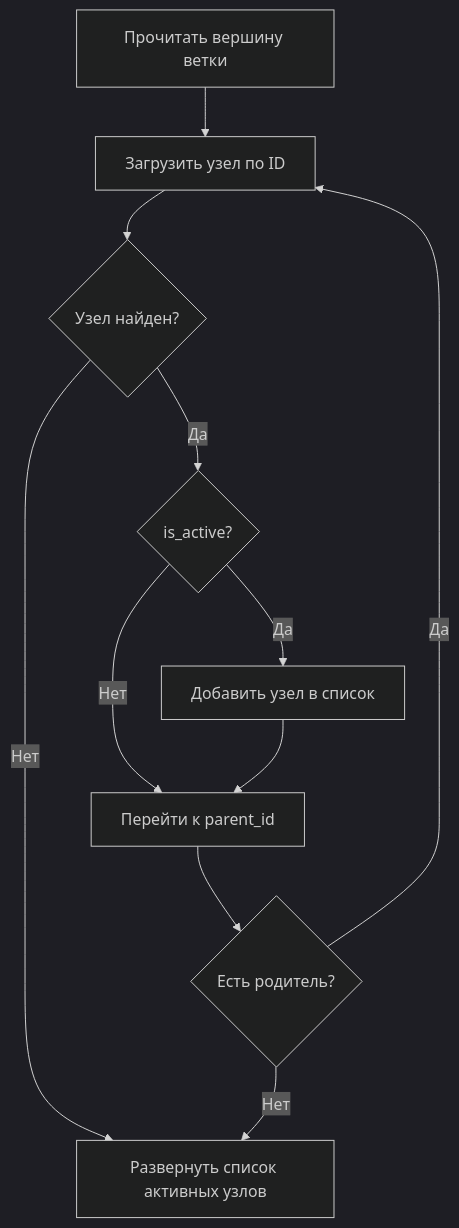
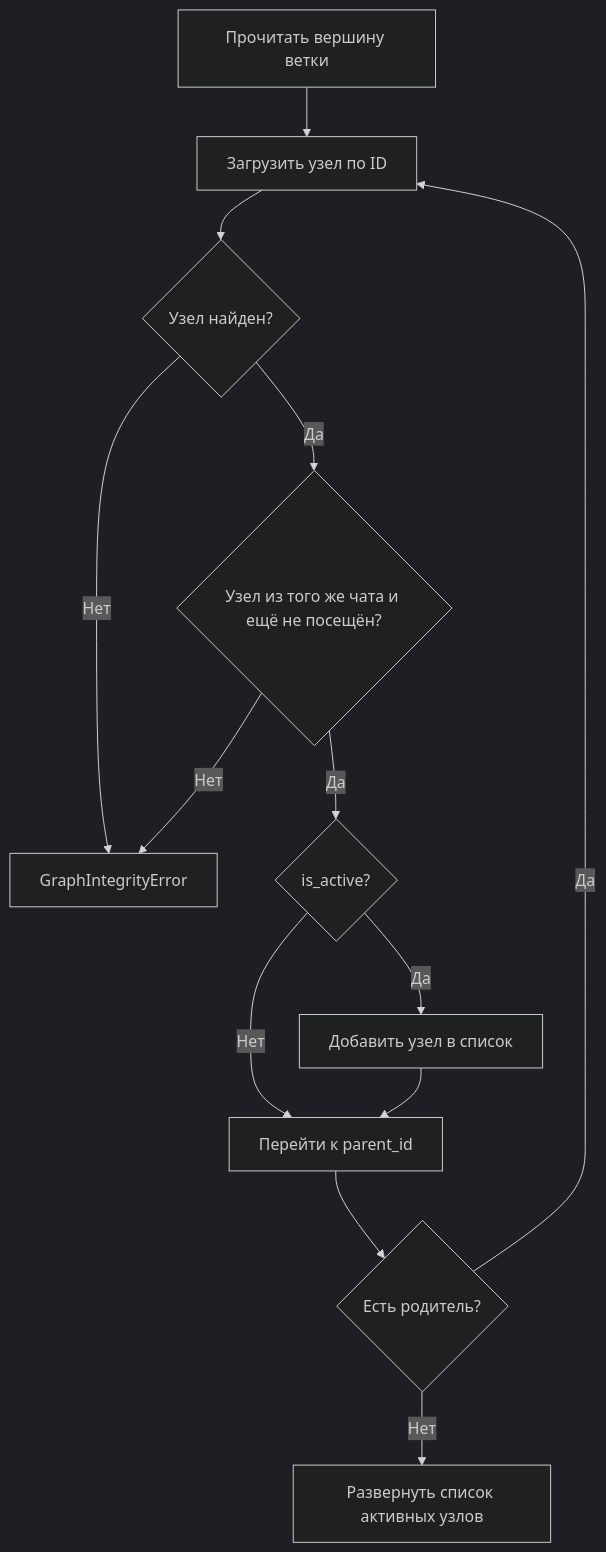
The first of 3 diagrams in docs/spec_crud_graph.md (Curr3ncyV01D/exocortex), drawn with Mermaid (dark theme) before and after one commit. The commit also changed other lines of this file and 3 other files, not shown here.

Commit message:
docs: update architecture and spec docs with new rules and schema

````diff
--- a/docs/spec_crud_graph.md
+++ b/docs/spec_crud_graph.md
@@ -34,13 +36,15 @@
 ```mermaid
 flowchart TD
     Start["Прочитать вершину ветки"] --> Fetch["Загрузить узел по ID"]
     Fetch --> Found{"Узел найден?"}
-    Found -- Нет --> Reverse["Развернуть список активных узлов"]
-    Found -- Да --> Active{"is_active?"}
+    Found -- Нет --> Error["GraphIntegrityError"]
+    Found -- Да --> Valid{"Узел из того же чата и ещё не посещён?"}
+    Valid -- Нет --> Error
+    Valid -- Да --> Active{"is_active?"}
     Active -- Да --> Add["Добавить узел в список"]
     Active -- Нет --> Parent["Перейти к parent_id"]
     Add --> Parent
     Parent --> HasParent{"Есть родитель?"}
     HasParent -- Да --> Fetch
-    HasParent -- Нет --> Reverse
+    HasParent -- Нет --> Reverse["Развернуть список активных узлов"]
 ```
````
